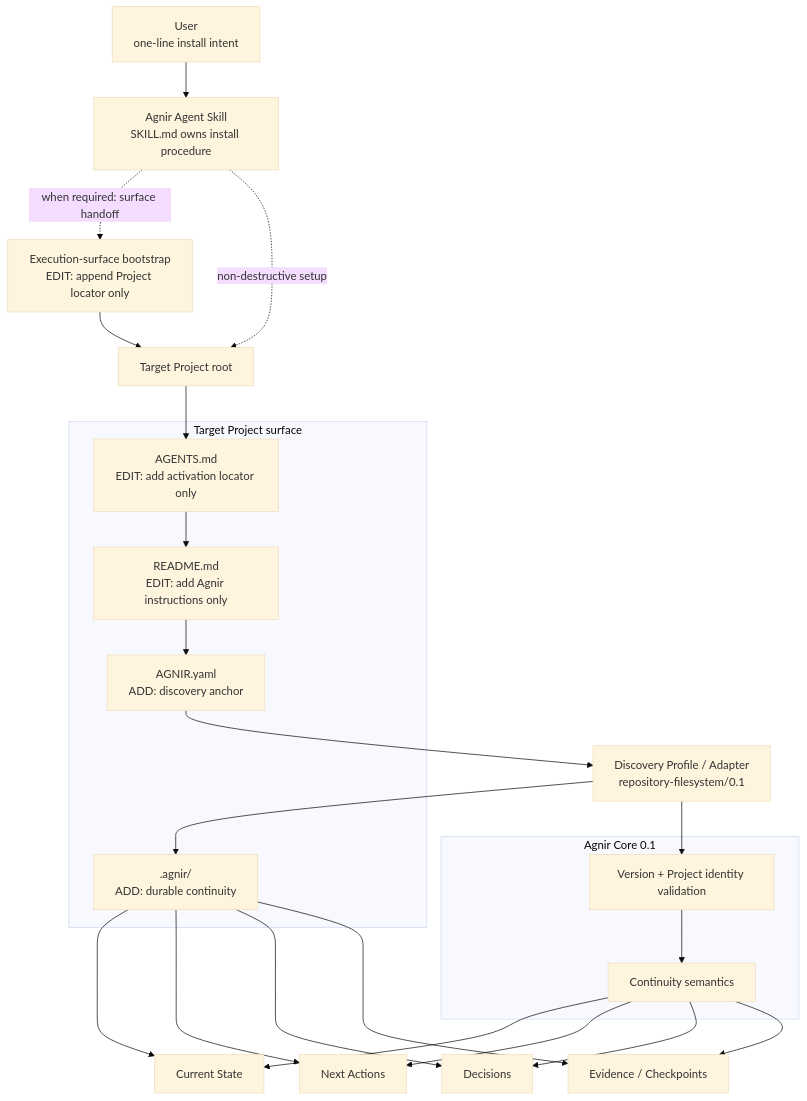
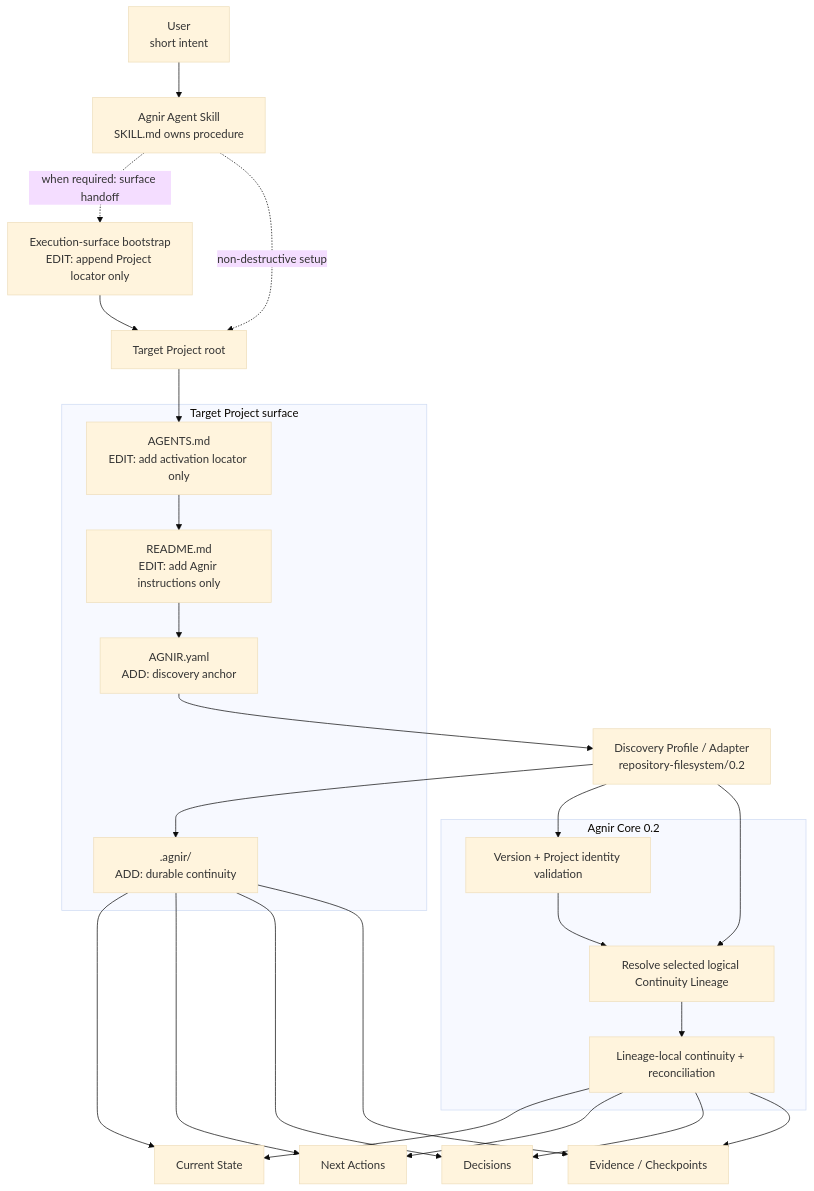
The first of 2 diagrams in README.md (iorLab/agnir), drawn with Mermaid (base theme) before and after one commit. The commit also changed other lines of this file and 8 other files, not shown here.

Commit message:
rc: synchronize Core 0.2 docs and Skill

````diff
--- a/README.md
+++ b/README.md
@@ -87,35 +88,37 @@
 ```mermaid
 flowchart TB
-    U[User\none-line install intent] --> K[Agnir Agent Skill\nSKILL.md owns install procedure]
+    U[User\nshort intent] --> K[Agnir Agent Skill\nSKILL.md owns procedure]
     K -. when required: surface handoff .-> X[Execution-surface bootstrap\nEDIT: append Project locator only]
     X --> P[Target Project root]
     K -. non-destructive setup .-> P
 
     subgraph T[Target Project surface]
         G[AGENTS.md\nEDIT: add activation locator only]
         H[README.md\nEDIT: add Agnir instructions only]
         A[AGNIR.yaml\nADD: discovery anchor]
         F[.agnir/\nADD: durable continuity]
         G --> H --> A
     end
 
     P --> G
-    A --> D[Discovery Profile / Adapter\nrepository-filesystem/0.1]
+    A --> D[Discovery Profile / Adapter\nrepository-filesystem/0.2]
     D --> V
+    D --> L
     D --> F
 
-    subgraph C[Agnir Core 0.1]
+    subgraph C[Agnir Core 0.2]
         V[Version + Project identity validation]
-        M[Continuity semantics]
-        V --> M
+        L[Resolve selected logical Continuity Lineage]
+        M[Lineage-local continuity + reconciliation]
+        V --> L --> M
     end
 
     M --> S[Current State]
     M --> N[Next Actions]
     M --> J[Decisions]
     M --> E[Evidence / Checkpoints]
     F --> S
     F --> N
     F --> J
     F --> E
 ```
````
